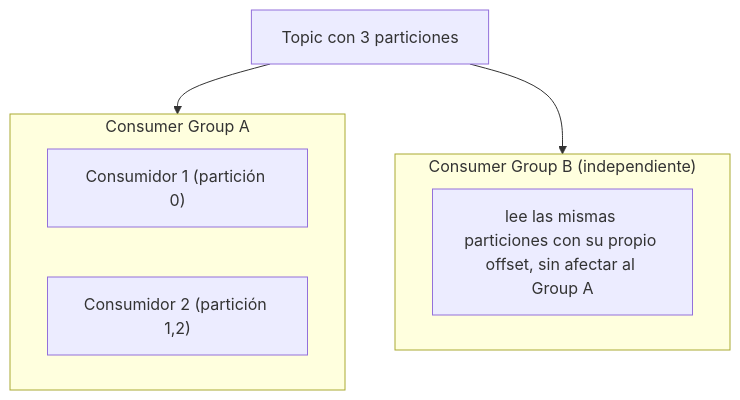
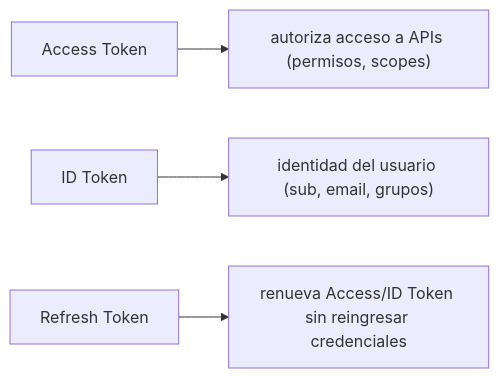
Before and after one commit to NICORUIZ93/The_Imperial_Book: the third of 5 diagrams in web/public/content/cloud/modulo-17.md, drawn with Mermaid. The commit also changed other lines of this file and 305 other files, not shown here.

````diff
--- a/web/public/content/cloud/modulo-17.md
+++ b/web/public/content/cloud/modulo-17.md
@@ -85,13 +66,6 @@
 ```mermaid
-flowchart TD
-    T["Topic con 3 particiones"]
-    subgraph GA["Consumer Group A"]
-        C1["Consumidor 1 (partición 0)"]
-        C2["Consumidor 2 (partición 1,2)"]
-    end
-    subgraph GB["Consumer Group B (independiente)"]
-        C3["lee las mismas particiones con su propio offset, sin afectar al Group A"]
-    end
-    T --> GA
-    T --> GB
+flowchart LR
+    A["Access Token"] --> A1["autoriza acceso a APIs (permisos, scopes)"]
+    B["ID Token"] --> B1["identidad del usuario (sub, email, grupos)"]
+    C["Refresh Token"] --> C1["renueva Access/ID Token sin reingresar credenciales"]
 ```
````
